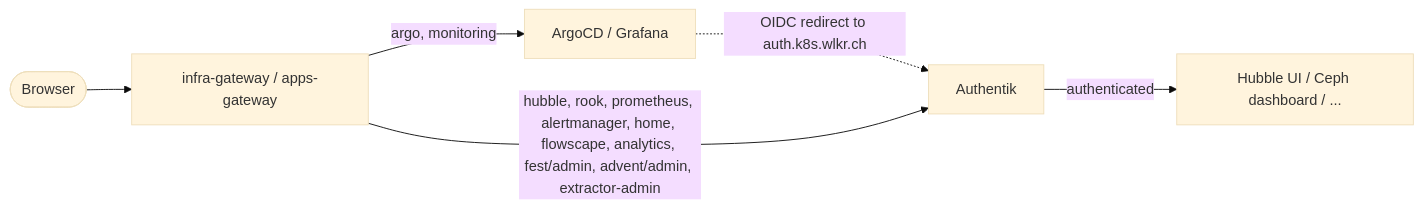
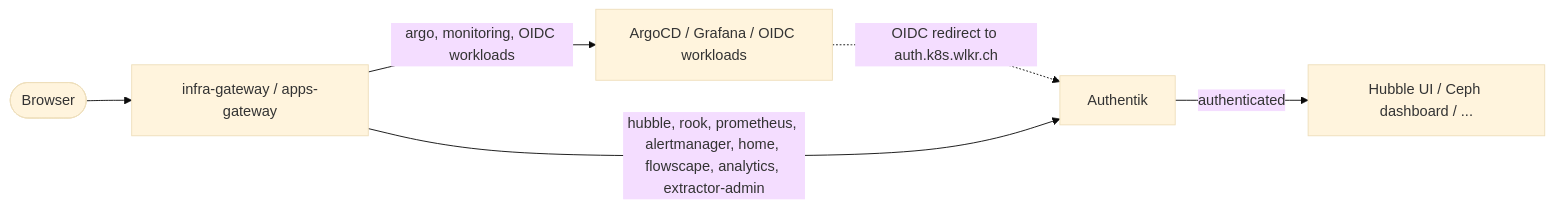
The diagram in docs/platform/authentik.md (JanWelker/homelab), drawn with Mermaid (base theme) before and after one commit. The commit also changed other lines of this file and 6 other files, not shown here.

````diff
--- a/docs/platform/authentik.md
+++ b/docs/platform/authentik.md
@@ -42,8 +42,8 @@
 ```mermaid
 flowchart LR
     U([Browser]) --> GW[infra-gateway / apps-gateway]
-    GW -->|argo, monitoring| APP[ArgoCD / Grafana]
+    GW -->|argo, monitoring, OIDC workloads| APP[ArgoCD / Grafana / OIDC workloads]
     APP -.->|OIDC redirect to auth.k8s.wlkr.ch| AK[Authentik]
-    GW -->|hubble, rook, prometheus, alertmanager, home, flowscape, analytics, fest/admin, advent/admin, extractor-admin| AK
+    GW -->|hubble, rook, prometheus, alertmanager, home, flowscape, analytics, extractor-admin| AK
     AK -->|authenticated| BE[Hubble UI / Ceph dashboard / ...]
 ```
````
